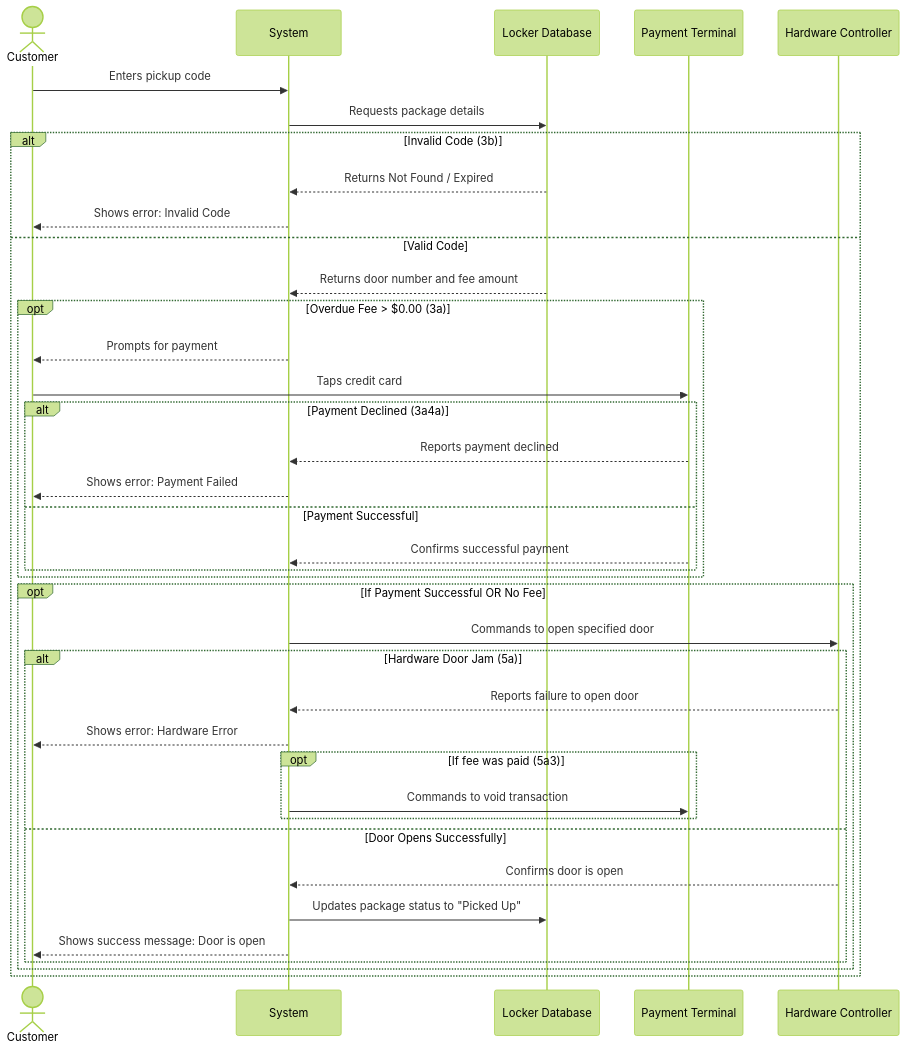
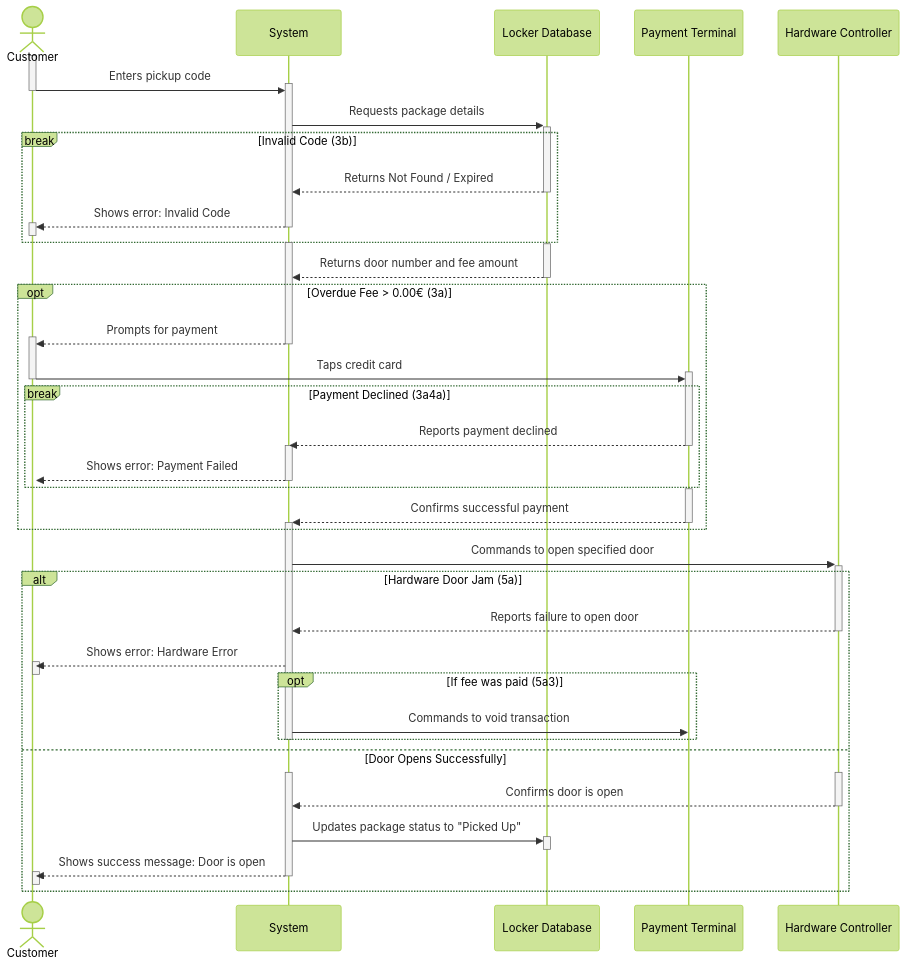
The diagram in examples/package_locker/sq_diagram.mmd (DomSz4bo/bc-project), drawn with Mermaid (forest theme) before and after one commit. The commit also changed 2 other files, not shown here.

```diff
--- a/examples/package_locker/sq_diagram.mmd
+++ b/examples/package_locker/sq_diagram.mmd
@@ -1,45 +1,61 @@
 sequenceDiagram
     actor Customer
     participant System
     participant Database as Locker Database
     participant Payment as Payment Terminal
     participant Hardware as Hardware Controller
 
-    Customer->>System: Enters pickup code
-    System->>Database: Requests package details
+    activate Customer
 
-    alt Invalid Code (3b)
-        Database-->>System: Returns Not Found / Expired
-        System-->>Customer: Shows error: Invalid Code
-    else Valid Code
-        Database-->>System: Returns door number and fee amount
+    Customer->>+System: Enters pickup code
+    deactivate Customer
+    System->>+Database: Requests package details
 
-        opt Overdue Fee > $0.00 (3a)
-            System-->>Customer: Prompts for payment
-            Customer->>Payment: Taps credit card
+    break Invalid Code (3b)
+        Database-->>-System: Returns Not Found / Expired
+        System-->>+Customer: Shows error: Invalid Code
+        deactivate System
+        deactivate Customer
+    end
+
+    activate System
+    activate Database
+    Database-->>-System: Returns door number and fee amount
+
+    opt Overdue Fee > 0.00€ (3a)
+        System-->>+Customer: Prompts for payment
+        deactivate System
+        Customer->>+Payment: Taps credit card
+        deactivate Customer
             
-            alt Payment Declined (3a4a)
-                Payment-->>System: Reports payment declined
-                System-->>Customer: Shows error: Payment Failed
-            else Payment Successful
-                Payment-->>System: Confirms successful payment
-            end
+        break Payment Declined (3a4a)
+            Payment-->>-System: Reports payment declined
+            activate System
+            System-->>+Customer: Shows error: Payment Failed
+            deactivate System
         end
+        activate Payment
+        Payment-->>+System: Confirms successful payment
+        deactivate Payment
+    end
 
-        %% Process continues if no fee, or fee was paid successfully
-        opt If Payment Successful OR No Fee
-            System->>Hardware: Commands to open specified door
+    System->>+Hardware: Commands to open specified door
 
-            alt Hardware Door Jam (5a)
-                Hardware-->>System: Reports failure to open door
-                System-->>Customer: Shows error: Hardware Error
-                opt If fee was paid (5a3)
-                    System->>Payment: Commands to void transaction
-                end
-            else Door Opens Successfully
-                Hardware-->>System: Confirms door is open
-                System->>Database: Updates package status to "Picked Up"
-                System-->>Customer: Shows success message: Door is open
-            end
+    alt Hardware Door Jam (5a)
+        Hardware-->>-System: Reports failure to open door
+        System-->>+Customer: Shows error: Hardware Error
+        deactivate Customer
+        opt If fee was paid (5a3)
+            System->>Payment: Commands to void transaction
         end
-    end
+        deactivate System
+    else Door Opens Successfully
+        activate System
+        activate Hardware
+        Hardware-->>-System: Confirms door is open
+        System->>+Database: Updates package status to "Picked Up"
+        deactivate Database
+        System-->>+Customer: Shows success message: Door is open
+        deactivate System
+        deactivate Customer
+end
```
